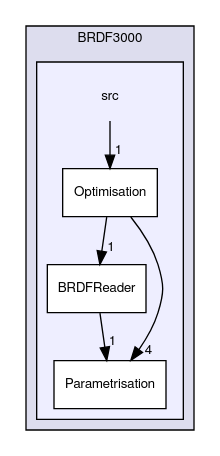
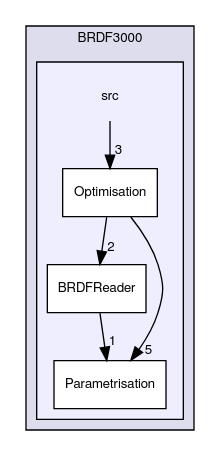
One commit to bsella/BRDF3000 changed the diagram in docs/dir_5e89fe66524bd877de99e4bb07661e26_dep.dot. Above: the diagram before and after it, drawn with Graphviz. The commit also changed 236 other files, not shown here.

```diff
--- a/docs/dir_5e89fe66524bd877de99e4bb07661e26_dep.dot
+++ b/docs/dir_5e89fe66524bd877de99e4bb07661e26_dep.dot
@@ -1,19 +1,19 @@
 digraph "src" {
   compound=true
   node [ fontsize="10", fontname="FreeSans"];
   edge [ labelfontsize="10", labelfontname="FreeSans"];
   subgraph clusterdir_35041b160eee08ecefe6f5f9642ab103 {
     graph [ bgcolor="#ddddee", pencolor="black", label="BRDF3000" fontname="FreeSans", fontsize="10", URL="dir_35041b160eee08ecefe6f5f9642ab103.html"]
   subgraph clusterdir_5e89fe66524bd877de99e4bb07661e26 {
     graph [ bgcolor="#eeeeff", pencolor="black", label="" URL="dir_5e89fe66524bd877de99e4bb07661e26.html"];
     dir_5e89fe66524bd877de99e4bb07661e26 [shape=plaintext label="src"];
     dir_e91d28bcaf0317c98f75133c4b1fed0b [shape=box label="BRDFReader" color="black" fillcolor="white" style="filled" URL="dir_e91d28bcaf0317c98f75133c4b1fed0b.html"];
     dir_14b1bd7493e69cb52e0f610a7e38e44e [shape=box label="Optimisation" color="black" fillcolor="white" style="filled" URL="dir_14b1bd7493e69cb52e0f610a7e38e44e.html"];
     dir_999454234ede5981bc76c28bebd84574 [shape=box label="Parametrisation" color="black" fillcolor="white" style="filled" URL="dir_999454234ede5981bc76c28bebd84574.html"];
   }
   }
-  dir_5e89fe66524bd877de99e4bb07661e26->dir_14b1bd7493e69cb52e0f610a7e38e44e [headlabel="1", labeldistance=1.5 headhref="dir_000007_000008.html"];
-  dir_14b1bd7493e69cb52e0f610a7e38e44e->dir_999454234ede5981bc76c28bebd84574 [headlabel="4", labeldistance=1.5 headhref="dir_000008_000010.html"];
-  dir_14b1bd7493e69cb52e0f610a7e38e44e->dir_e91d28bcaf0317c98f75133c4b1fed0b [headlabel="1", labeldistance=1.5 headhref="dir_000008_000009.html"];
+  dir_5e89fe66524bd877de99e4bb07661e26->dir_14b1bd7493e69cb52e0f610a7e38e44e [headlabel="3", labeldistance=1.5 headhref="dir_000007_000008.html"];
+  dir_14b1bd7493e69cb52e0f610a7e38e44e->dir_999454234ede5981bc76c28bebd84574 [headlabel="5", labeldistance=1.5 headhref="dir_000008_000010.html"];
+  dir_14b1bd7493e69cb52e0f610a7e38e44e->dir_e91d28bcaf0317c98f75133c4b1fed0b [headlabel="2", labeldistance=1.5 headhref="dir_000008_000009.html"];
   dir_e91d28bcaf0317c98f75133c4b1fed0b->dir_999454234ede5981bc76c28bebd84574 [headlabel="1", labeldistance=1.5 headhref="dir_000009_000010.html"];
 }
```
